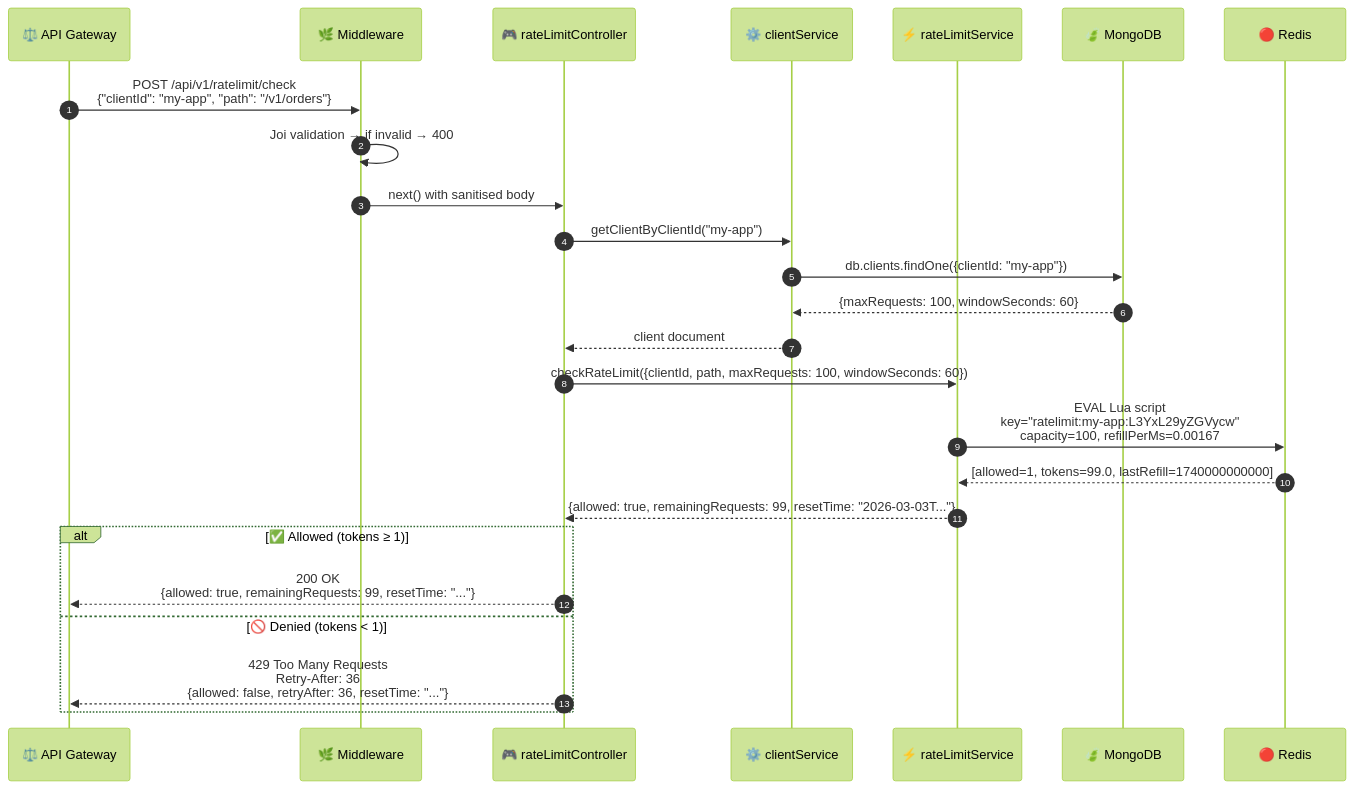
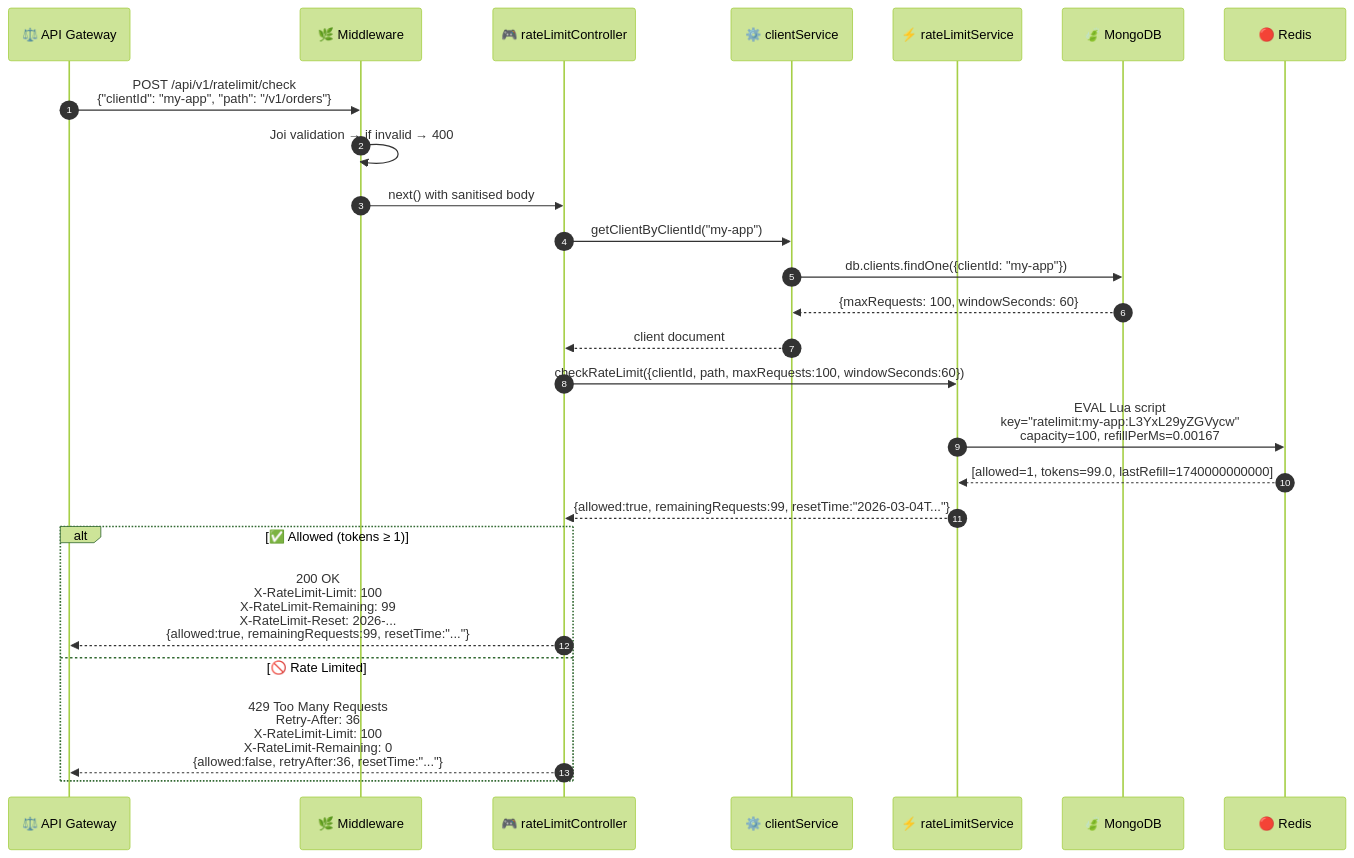
The second of 8 diagrams in README.md (ramalokeshreddyp/RateGuard), drawn with Mermaid (forest theme) before and after one commit. The commit also changed other lines of this file and 2 other files, not shown here.

Commit message:
docs: comprehensive rewrite of README, ARCHITECTURE, and projectdocumentation (v2.0) - 43 tests, GET /clients/:id, X-RateLimit-* headers, BCRYPT_ROUNDS, ioredis-mock, .dockerignore

````diff
--- a/README.md
+++ b/README.md
@@ -218,29 +222,29 @@
 ```mermaid
 sequenceDiagram
     autonumber
     participant GW as ⚖️ API Gateway
     participant MW as 🌿 Middleware
     participant RC as 🎮 rateLimitController
     participant CS as ⚙️ clientService
     participant RLS as ⚡ rateLimitService
     participant MDB as 🍃 MongoDB
     participant RDS as 🔴 Redis
 
     GW->>MW: POST /api/v1/ratelimit/check<br/>{"clientId": "my-app", "path": "/v1/orders"}
     MW->>MW: Joi validation → if invalid → 400
     MW->>RC: next() with sanitised body
     RC->>CS: getClientByClientId("my-app")
     CS->>MDB: db.clients.findOne({clientId: "my-app"})
     MDB-->>CS: {maxRequests: 100, windowSeconds: 60}
     CS-->>RC: client document
-    RC->>RLS: checkRateLimit({clientId, path, maxRequests: 100, windowSeconds: 60})
+    RC->>RLS: checkRateLimit({clientId, path, maxRequests:100, windowSeconds:60})
     RLS->>RDS: EVAL Lua script<br/>key="ratelimit:my-app:L3YxL29yZGVycw"<br/>capacity=100, refillPerMs=0.00167
     RDS-->>RLS: [allowed=1, tokens=99.0, lastRefill=1740000000000]
-    RLS-->>RC: {allowed: true, remainingRequests: 99, resetTime: "2026-03-03T..."}
+    RLS-->>RC: {allowed:true, remainingRequests:99, resetTime:"2026-03-04T..."}
 
     alt ✅ Allowed (tokens ≥ 1)
-        RC-->>GW: 200 OK<br/>{allowed: true, remainingRequests: 99, resetTime: "..."}
-    else 🚫 Denied (tokens < 1)
-        RC-->>GW: 429 Too Many Requests<br/>Retry-After: 36<br/>{allowed: false, retryAfter: 36, resetTime: "..."}
+        RC-->>GW: 200 OK<br/>X-RateLimit-Limit: 100<br/>X-RateLimit-Remaining: 99<br/>X-RateLimit-Reset: 2026-...<br/>{allowed:true, remainingRequests:99, resetTime:"..."}
+    else 🚫 Rate Limited
+        RC-->>GW: 429 Too Many Requests<br/>Retry-After: 36<br/>X-RateLimit-Limit: 100<br/>X-RateLimit-Remaining: 0<br/>{allowed:false, retryAfter:36, resetTime:"..."}
     end
 ```
````
